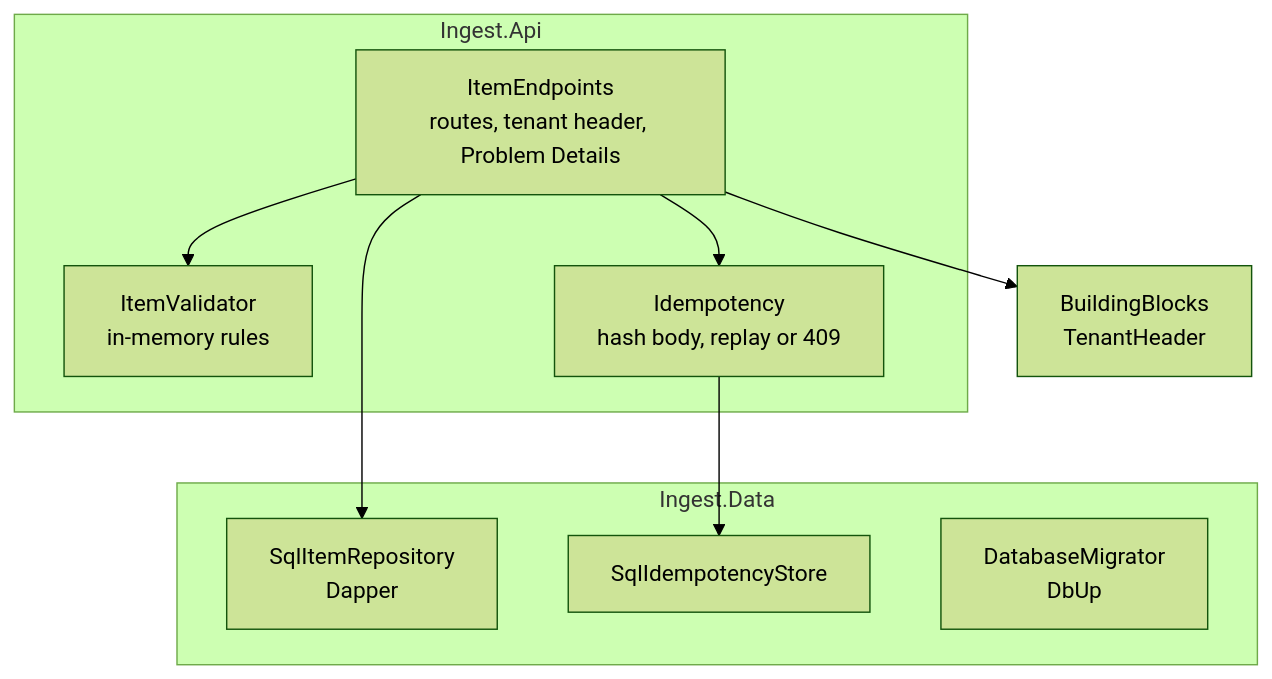
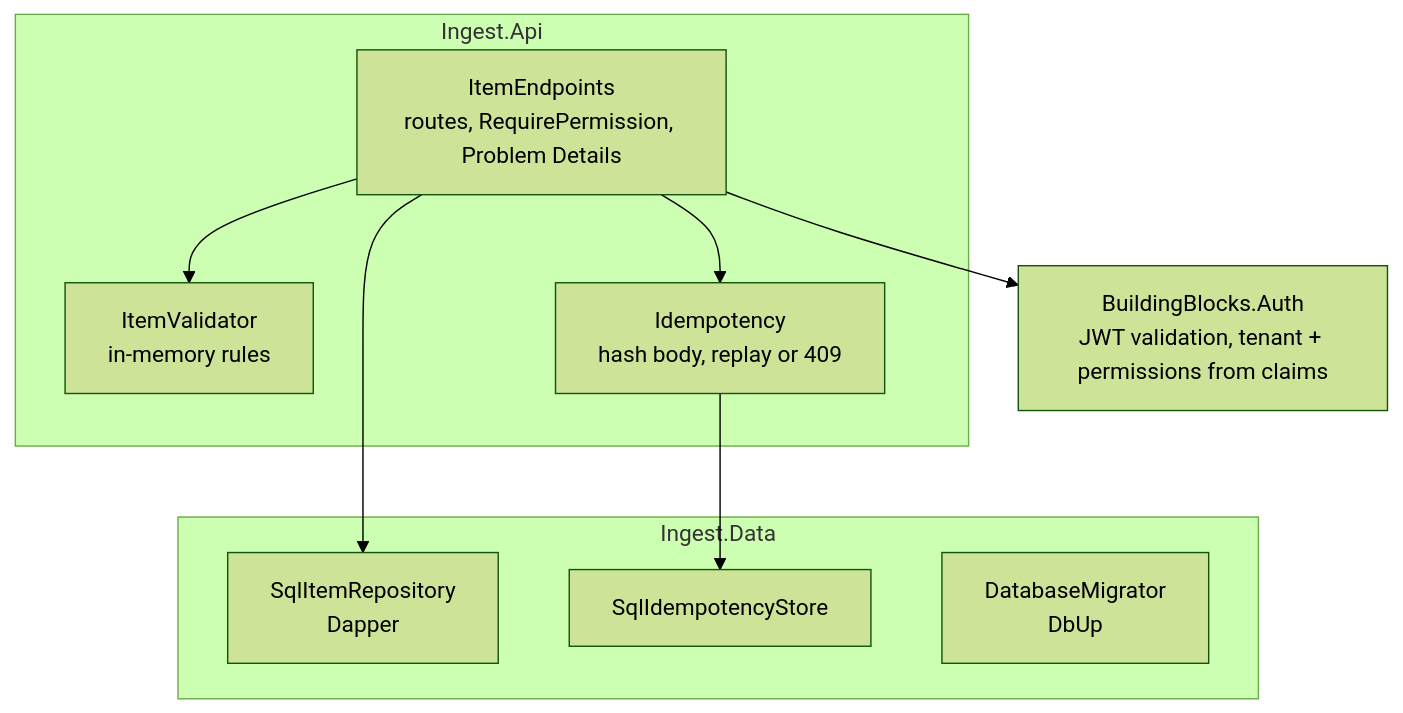
One commit to Arggon/dotnet-batchyard changed the second of 4 diagrams in docs/architecture.md. Above: the diagram before and after it, drawn with Mermaid (forest theme). The commit also changed other lines of this file and 2 other files, not shown here.

First line of the commit message:
docs: update README, architecture and benchmarks for M2

````diff
--- a/docs/architecture.md
+++ b/docs/architecture.md
@@ -21,19 +29,19 @@
 ```mermaid
 flowchart TB
     subgraph api [Ingest.Api]
-        endpoints["ItemEndpoints<br/>routes, tenant header, Problem Details"]
+        endpoints["ItemEndpoints<br/>routes, RequirePermission, Problem Details"]
         validator["ItemValidator<br/>in-memory rules"]
         idem["Idempotency<br/>hash body, replay or 409"]
     end
     subgraph data [Ingest.Data]
         repo["SqlItemRepository<br/>Dapper"]
         store["SqlIdempotencyStore"]
         migrator["DatabaseMigrator<br/>DbUp"]
     end
-    bb["BuildingBlocks<br/>TenantHeader"]
+    bb["BuildingBlocks.Auth<br/>JWT validation, tenant + permissions from claims"]
     endpoints --> validator
     endpoints --> idem
     endpoints --> repo
     idem --> store
     endpoints --> bb
 ```
````
